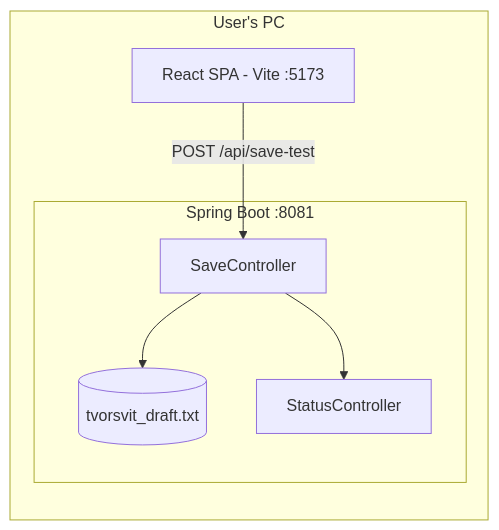
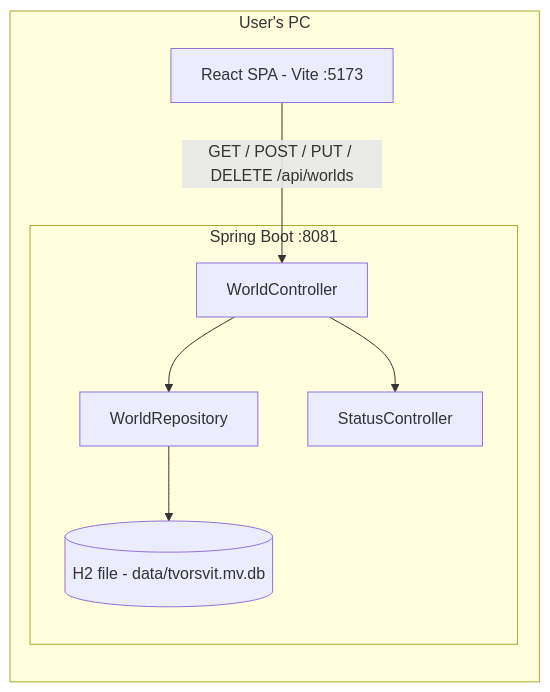
The diagram in README.md (lirriya/Tvorsvit), drawn with Mermaid before and after one commit. The commit also changed other lines of this file and 17 other files, not shown here.

Commit message:
feat(backend): add Worlds API with H2 persistency

````diff
--- a/README.md
+++ b/README.md
@@ -32,10 +32,11 @@
 ```mermaid
 flowchart LR
     subgraph PC [User's PC]
-        F[React SPA - Vite :5173] -->|POST /api/save-test| B
+        F[React SPA - Vite :5173] -->|GET / POST / PUT / DELETE /api/worlds| B
         subgraph BE [Spring Boot :8081]
-            B[SaveController] --> F1[(tvorsvit_draft.txt)]
+            B[WorldController] --> R[WorldRepository]
+            R --> DB[(H2 file - data/tvorsvit.mv.db)]
             B --> S[StatusController]
         end
     end
 ```
````
